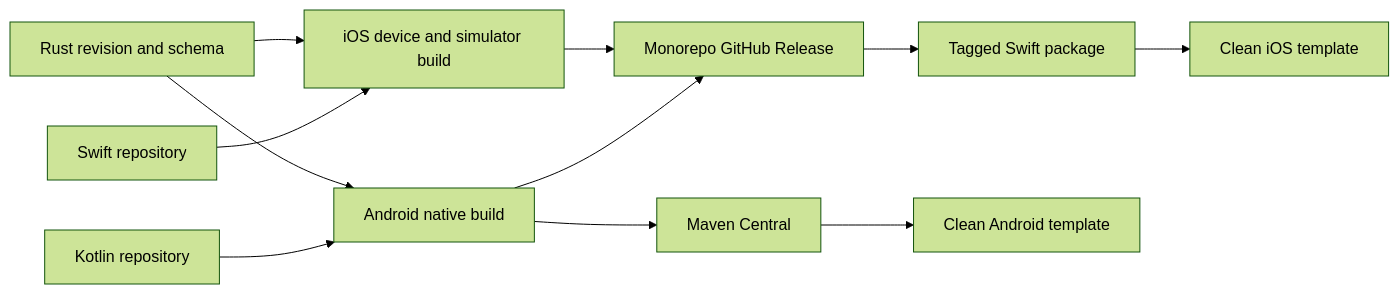
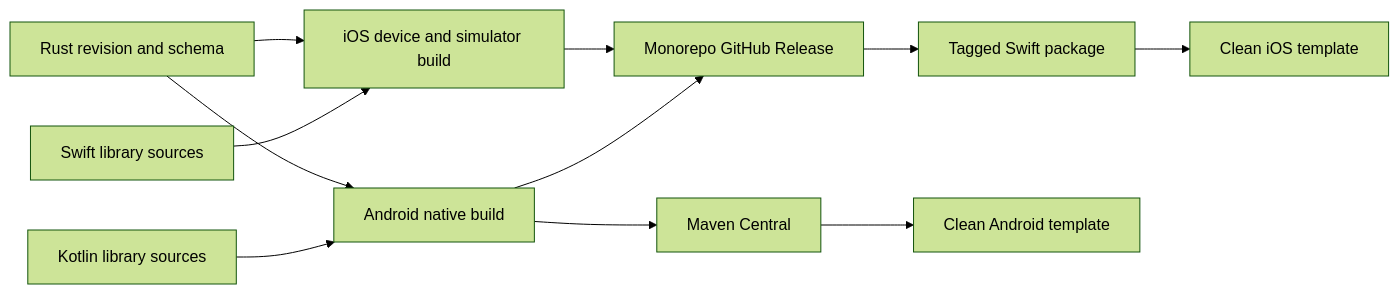
Before and after one commit to ewe-studios/ewe_platform: the diagram in specifications/69-foundation-ui-v2/features/19-native-package-releases/feature.md, drawn with Mermaid (forest theme). The commit also changed other lines of this file and 10 other files, not shown here.

````diff
--- a/specifications/69-foundation-ui-v2/features/19-native-package-releases/feature.md
+++ b/specifications/69-foundation-ui-v2/features/19-native-package-releases/feature.md
@@ -57,13 +80,13 @@
 ```mermaid
 flowchart LR
   Rust["Rust revision and schema"] --> Apple["iOS device and simulator build"]
   Rust --> Android["Android native build"]
-  Swift["Swift repository"] --> Apple
-  Kotlin["Kotlin repository"] --> Android
+  Swift["Swift library sources"] --> Apple
+  Kotlin["Kotlin library sources"] --> Android
   Apple --> GH["Monorepo GitHub Release"]
   Android --> GH
   GH --> SPM["Tagged Swift package"]
   Android --> Central["Maven Central"]
   SPM --> IOS["Clean iOS template"]
   Central --> App["Clean Android template"]
 ```
````
